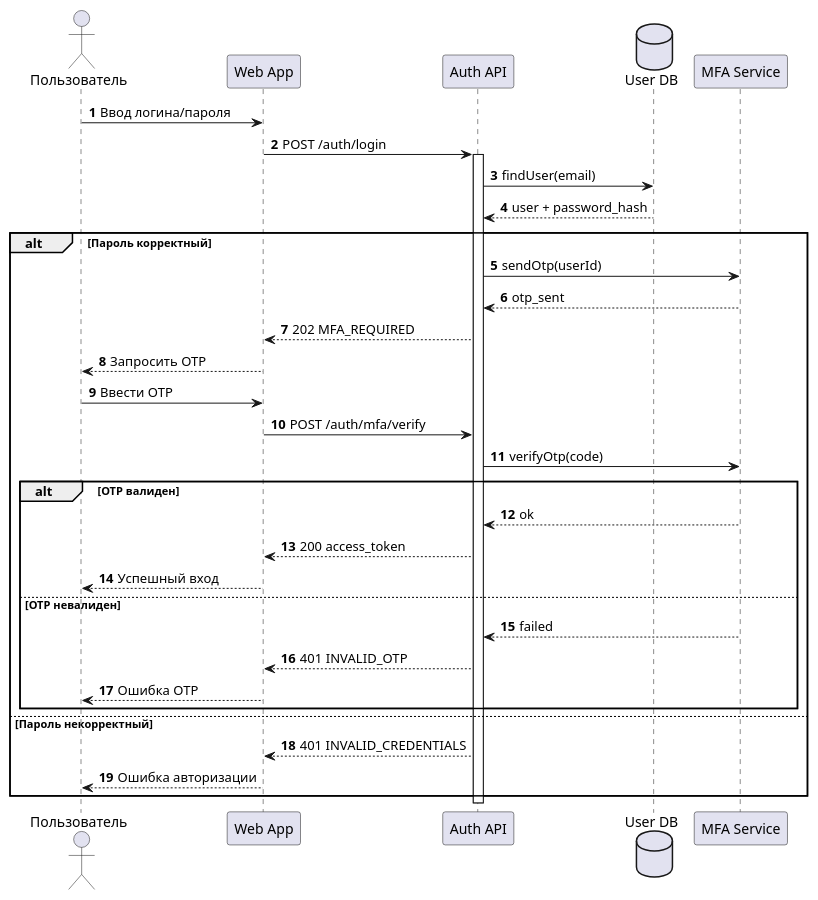
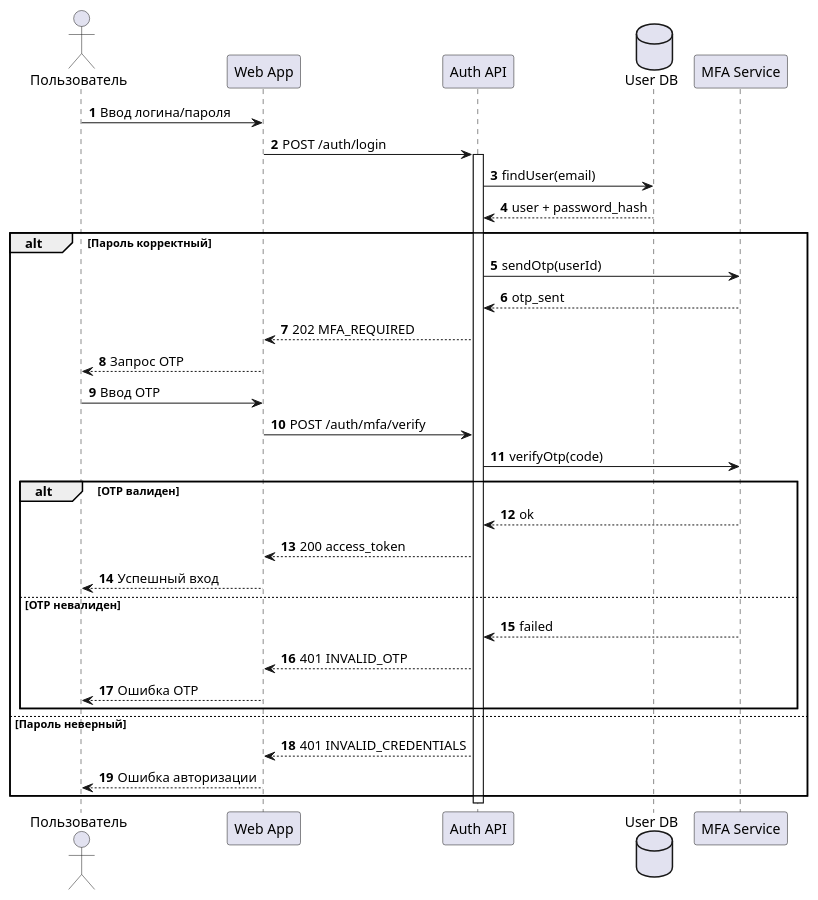
Before and after one commit to iwizy/analyst_kb: the fifth of 8 diagrams in docs/tools/plantuml.md, drawn with PlantUML. The commit also changed other lines of this file, not shown here.

Commit message:
Обновление материалов по PlantUML

````diff
--- a/docs/tools/plantuml.md
+++ b/docs/tools/plantuml.md
@@ -153,40 +166,40 @@
 ```kroki-plantuml
 @startuml
 autonumber
 actor "Пользователь" as User
 participant "Web App" as Web
 participant "Auth API" as Auth
 database "User DB" as UDB
 participant "MFA Service" as MFA
 
 User -> Web : Ввод логина/пароля
 Web -> Auth : POST /auth/login
 activate Auth
 Auth -> UDB : findUser(email)
 UDB --> Auth : user + password_hash
 
 alt Пароль корректный
   Auth -> MFA : sendOtp(userId)
   MFA --> Auth : otp_sent
   Auth --> Web : 202 MFA_REQUIRED
-  Web --> User : Запросить OTP
-  User -> Web : Ввести OTP
+  Web --> User : Запрос OTP
+  User -> Web : Ввод OTP
   Web -> Auth : POST /auth/mfa/verify
   Auth -> MFA : verifyOtp(code)
   alt OTP валиден
     MFA --> Auth : ok
     Auth --> Web : 200 access_token
     Web --> User : Успешный вход
   else OTP невалиден
     MFA --> Auth : failed
     Auth --> Web : 401 INVALID_OTP
     Web --> User : Ошибка OTP
   end
-else Пароль некорректный
+else Пароль неверный
   Auth --> Web : 401 INVALID_CREDENTIALS
   Web --> User : Ошибка авторизации
 end
 
 deactivate Auth
 @enduml
 ```
````
